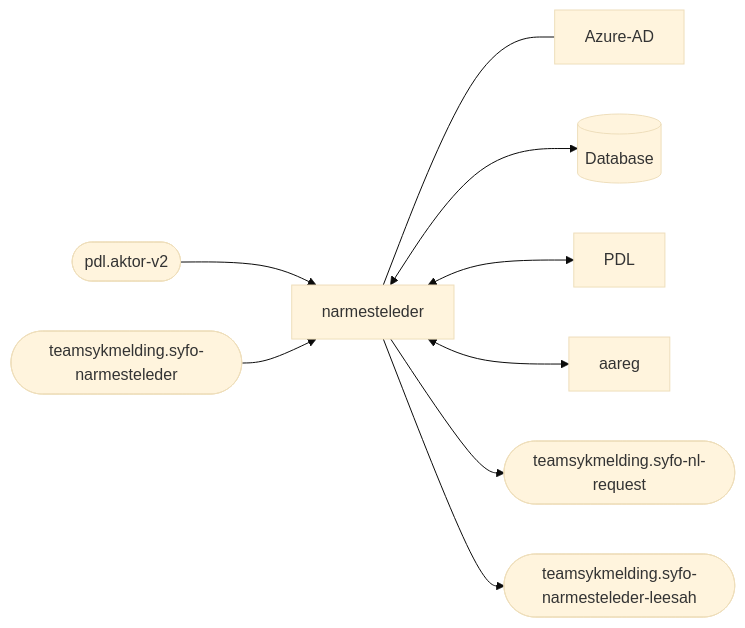
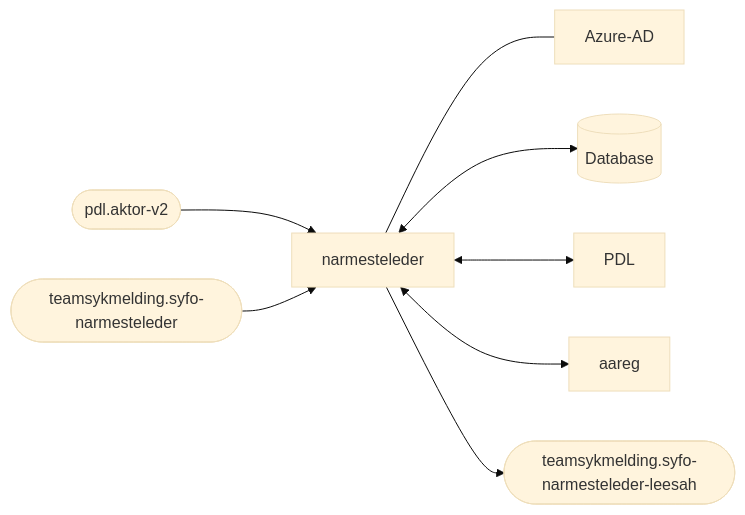
One commit to navikt/narmesteleder changed the diagram in README.md. Above: the diagram before and after it, drawn with Mermaid (base theme). The commit also changed 6 other files, not shown here.

Commit message:
chore: remove use of teamsykmelding.syfo-nl-request

````diff
--- a/README.md
+++ b/README.md
@@ -28,11 +28,10 @@
 ```mermaid
   graph LR
       narmesteleder --- Azure-AD
       narmesteleder <--> id1[(Database)]
       narmesteleder <--> PDL
       A([pdl.aktor-v2]) --> narmesteleder
       narmesteleder <--> aareg
       B([teamsykmelding.syfo-narmesteleder]) --> narmesteleder
-      narmesteleder --> C([teamsykmelding.syfo-nl-request])
       narmesteleder --> D([teamsykmelding.syfo-narmesteleder-leesah])
 ```
````
